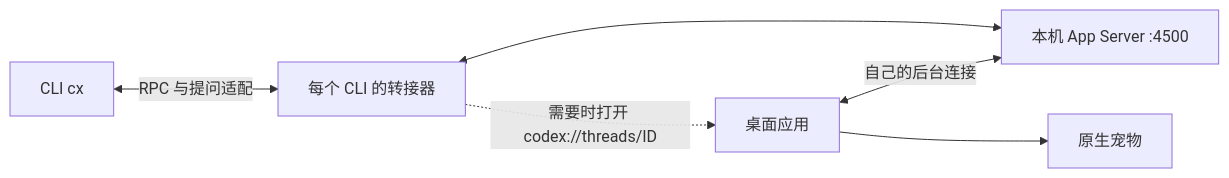
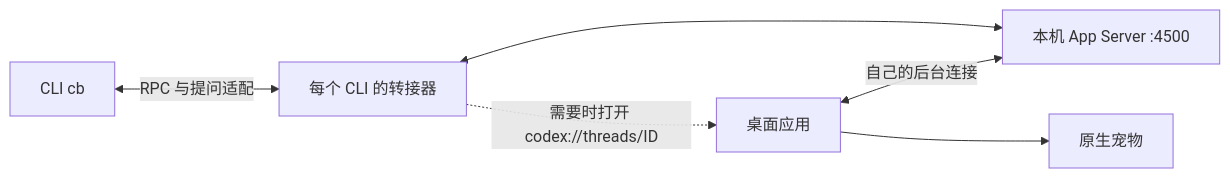
The diagram in docs/architecture.md (houhongxu/codex-bridge), drawn with Mermaid before and after one commit. The commit also changed other lines of this file and 17 other files, not shown here.

````diff
--- a/docs/architecture.md
+++ b/docs/architecture.md
@@ -7,8 +7,8 @@
 ```mermaid
 flowchart LR
-    CLI[CLI cx] <-->|RPC 与提问适配| Relay[每个 CLI 的转接器]
+    CLI[CLI cb] <-->|RPC 与提问适配| Relay[每个 CLI 的转接器]
     Relay <--> Server[本机 App Server :4500]
     Desktop[桌面应用] <-->|自己的后台连接| Server
     Relay -.->|需要时打开 codex://threads/ID| Desktop
     Desktop --> Pet[原生宠物]
 ```
````
